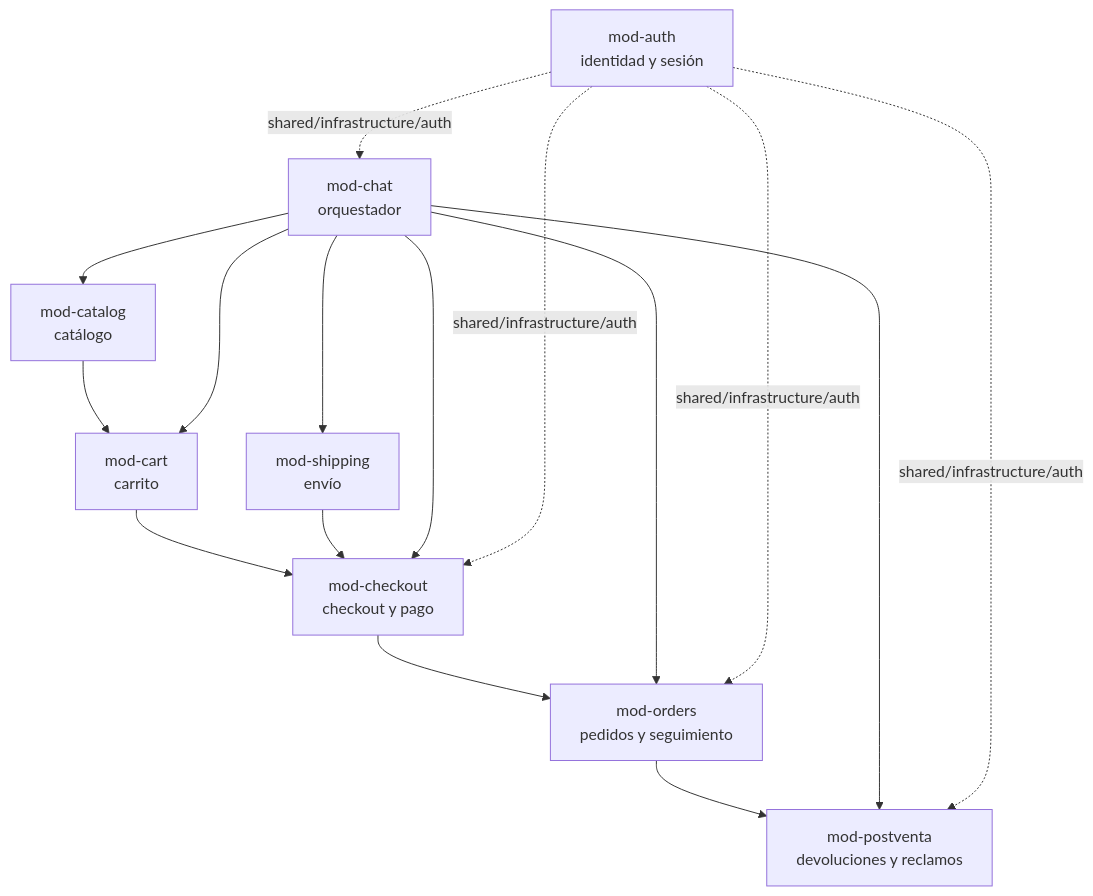
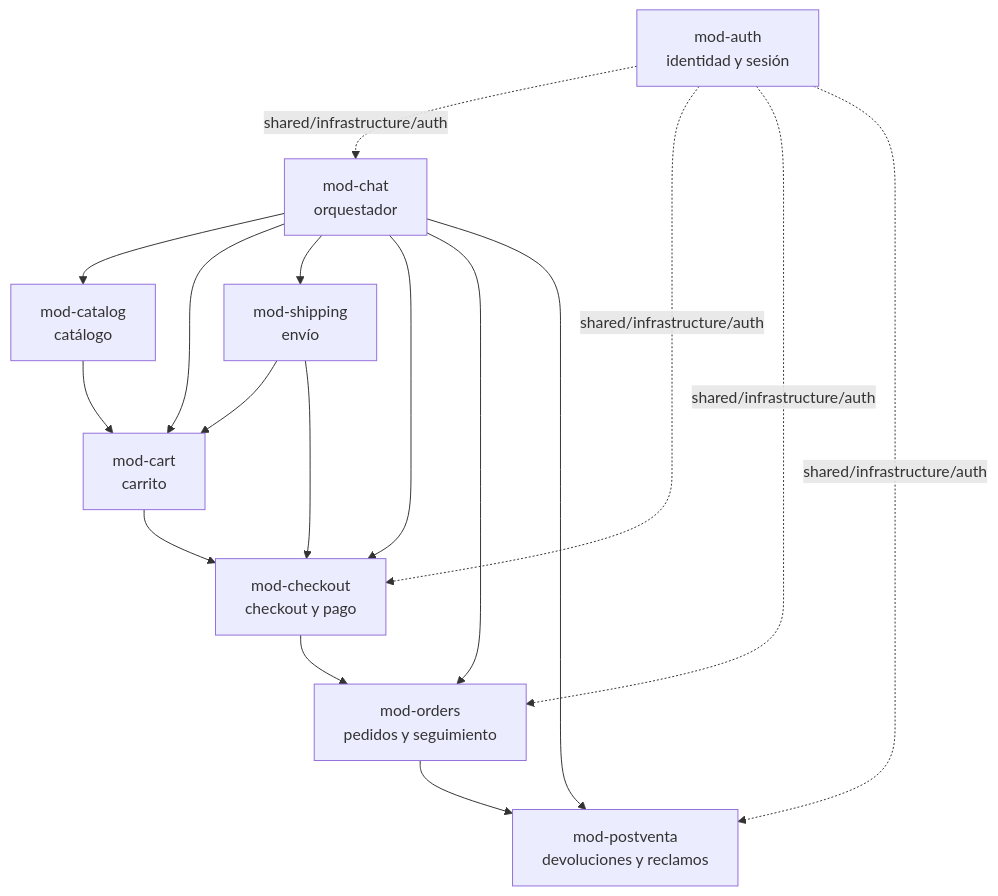
The diagram in docs/arquitectura/modularizacion.md (Taller-SW-Web/G3-Chatbot-specs), drawn with Mermaid before and after one commit. The commit also changed other lines of this file, not shown here.

Commit message:
docs(arquitectura): shipping depende de cart y conversation_context

````diff
--- a/docs/arquitectura/modularizacion.md
+++ b/docs/arquitectura/modularizacion.md
@@ -66,29 +66,30 @@
 ```mermaid
 graph TD
     auth["mod-auth<br/>identidad y sesión"]
     catalog["mod-catalog<br/>catálogo"]
     cart["mod-cart<br/>carrito"]
     shipping["mod-shipping<br/>envío"]
     checkout["mod-checkout<br/>checkout y pago"]
     orders["mod-orders<br/>pedidos y seguimiento"]
     postventa["mod-postventa<br/>devoluciones y reclamos"]
     chat["mod-chat<br/>orquestador"]
 
     catalog --> cart
+    shipping --> cart
     cart --> checkout
     shipping --> checkout
     checkout --> orders
     orders --> postventa
 
     chat --> catalog
     chat --> cart
     chat --> shipping
     chat --> checkout
     chat --> orders
     chat --> postventa
 
     auth -. "shared/infrastructure/auth" .-> chat
     auth -. "shared/infrastructure/auth" .-> checkout
     auth -. "shared/infrastructure/auth" .-> orders
     auth -. "shared/infrastructure/auth" .-> postventa
 ```
````
